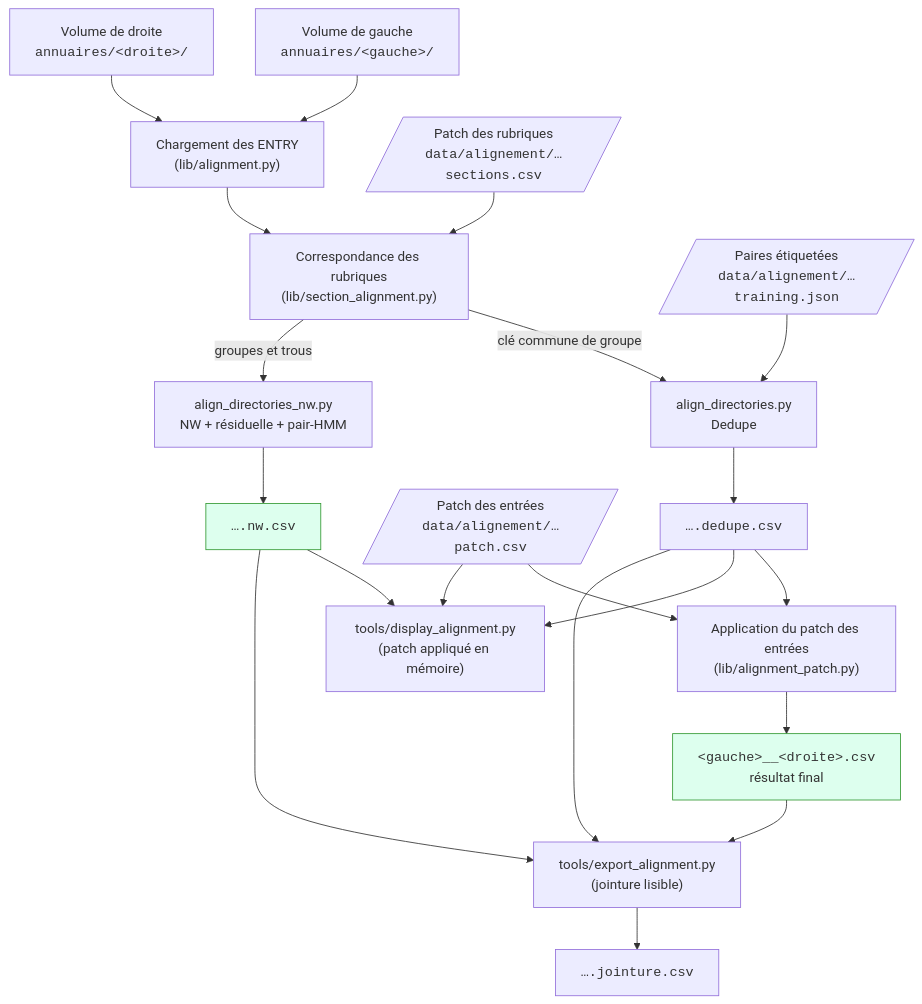
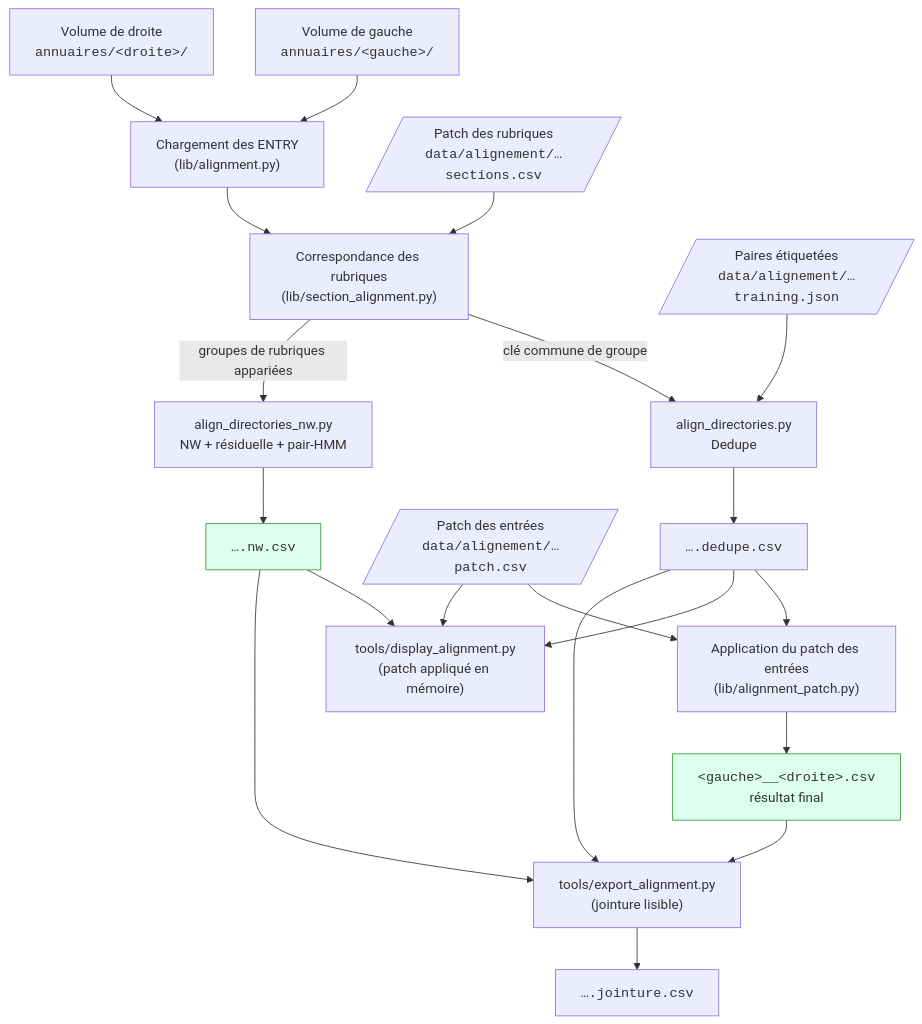
Before and after one commit to HueyNemud/adresses_revolutionnaires: the fourth of 4 diagrams in docs/pipeline.md, drawn with Mermaid. The commit also changed other lines of this file and 12 other files, not shown here.

````diff
--- a/docs/pipeline.md
+++ b/docs/pipeline.md
@@ -386,26 +386,26 @@
 ```mermaid
 flowchart TD
     L["Volume de gauche<br/><code>annuaires/&lt;gauche&gt;/</code>"] --> R
     Rt["Volume de droite<br/><code>annuaires/&lt;droite&gt;/</code>"] --> R
     R["Chargement des ENTRY<br/>(lib/alignment.py)"] --> S
     SP[/"Patch des rubriques<br/><code>data/alignement/…sections.csv</code>"/] --> S
     S["Correspondance des rubriques<br/>(lib/section_alignment.py)"]
     S -->|"clé commune de groupe"| D["align_directories.py<br/>Dedupe"]
     TJ[/"Paires étiquetées<br/><code>data/alignement/…training.json</code>"/] --> D
     D --> DC["<code>….dedupe.csv</code>"]
     DC --> AP["Application du patch des entrées<br/>(lib/alignment_patch.py)"]
     EP[/"Patch des entrées<br/><code>data/alignement/…patch.csv</code>"/] --> AP
     AP --> F["<code>&lt;gauche&gt;__&lt;droite&gt;.csv</code><br/>résultat final"]
-    S -->|"groupes et trous"| N["align_directories_nw.py<br/>NW + résiduelle + pair-HMM"]
+    S -->|"groupes de rubriques appariées"| N["align_directories_nw.py<br/>NW + résiduelle + pair-HMM"]
     N --> NC["<code>….nw.csv</code>"]
     DC --> V["tools/display_alignment.py<br/>(patch appliqué en mémoire)"]
     NC --> V
     EP --> V
     DC --> X["tools/export_alignment.py<br/>(jointure lisible)"]
     NC --> X
     F --> X
     X --> XC["<code>….jointure.csv</code>"]
 
     style F fill:#dfe,stroke:#393
     style NC fill:#dfe,stroke:#393
 ```
````
